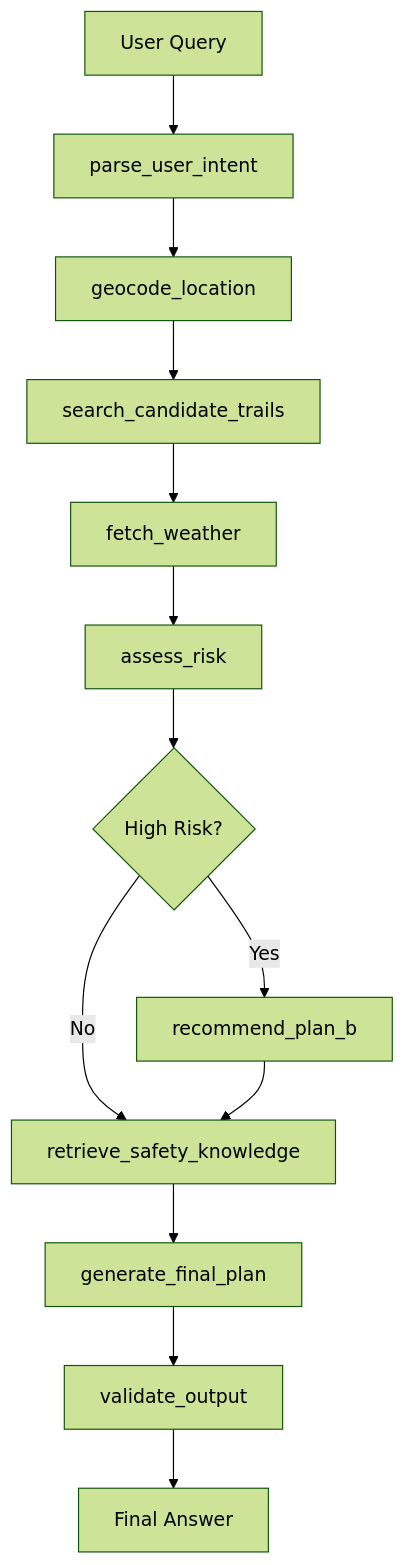
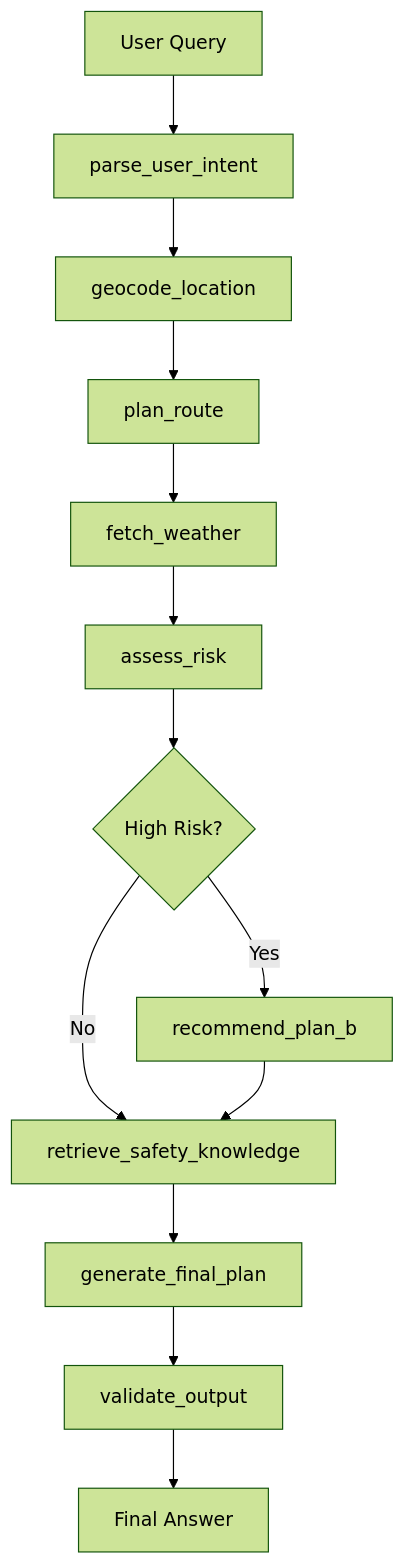
Before and after one commit to 3085233894-hub/trailmind-agent: the second of 2 diagrams in README.md, drawn with Mermaid (forest theme). The commit also changed other lines of this file, not shown here.

````diff
--- a/README.md
+++ b/README.md
@@ -63,15 +146,15 @@
 ```mermaid
 flowchart TD
     A[User Query] --> B[parse_user_intent]
     B --> C[geocode_location]
-    C --> D[search_candidate_trails]
+    C --> D[plan_route]
     D --> E[fetch_weather]
     E --> F[assess_risk]
     F --> G{High Risk?}
     G -- Yes --> H[recommend_plan_b]
     G -- No --> I[retrieve_safety_knowledge]
     H --> I
     I --> J[generate_final_plan]
     J --> K[validate_output]
     K --> L[Final Answer]
 ```
````
